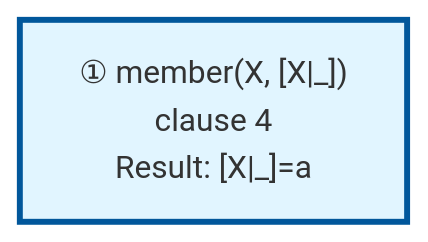
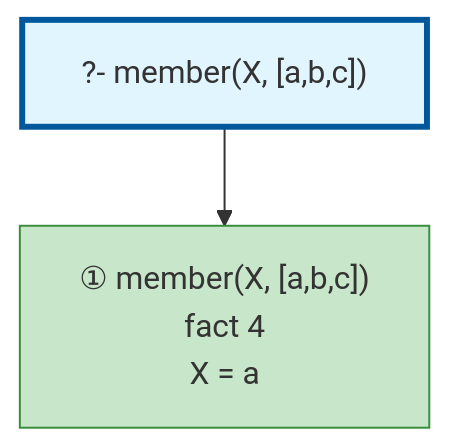
One commit to textologylabs/prolog-trace-viz changed the diagram in examples/member-output.md. Above: the diagram before and after it, drawn with Mermaid. The commit also changed 8 other files, not shown here.

First line of the commit message:
🐛 render the Mermaid call tree from the timeline, not the level-keyed builder

````diff
--- a/examples/member-output.md
+++ b/examples/member-output.md
@@ -29,11 +29,14 @@
 ```mermaid
 graph TD
 
 %% Nodes
-A["① member(X, [X|_])<br/>clause 4<br/>Result: [X|_]=a"]
+A["?- member(X, [a,b,c])"]
+B["① member(X, [a,b,c])<br/>fact 4<br/>X = a"]
 
 %% Edges
+A --> B
 
 %% Styles
 style A fill:#e1f5ff,stroke:#01579b,stroke-width:3px
+style B fill:#c8e6c9,stroke:#388e3c
 ```
````
